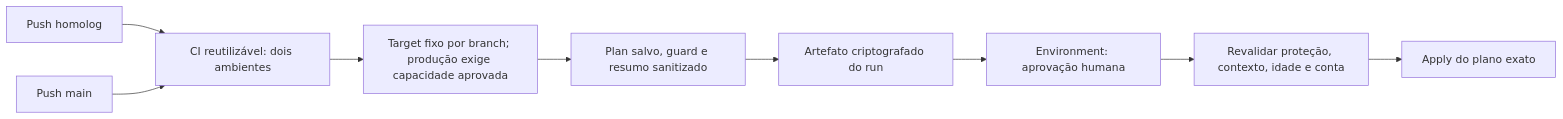
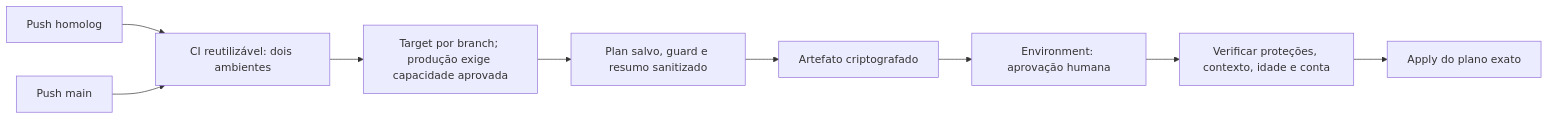
The diagram in docs/CICD-HOMOLOG.md (FernandoGreco/techChallengePosTech-k8s-infra), drawn with Mermaid before and after one commit. The commit also changed other lines of this file and 32 other files, not shown here.

````diff
--- a/docs/CICD-HOMOLOG.md
+++ b/docs/CICD-HOMOLOG.md
@@ -5,11 +5,11 @@
 ```mermaid
 flowchart LR
   H["Push homolog"] --> CI["CI reutilizável: dois ambientes"]
   M["Push main"] --> CI
-  CI --> T["Target fixo por branch; produção exige capacidade aprovada"]
+  CI --> T["Target por branch; produção exige capacidade aprovada"]
   T --> P["Plan salvo, guard e resumo sanitizado"]
-  P --> E["Artefato criptografado do run"]
+  P --> E["Artefato criptografado"]
   E --> R["Environment: aprovação humana"]
-  R --> V["Revalidar proteção, contexto, idade e conta"]
+  R --> V["Verificar proteções, contexto, idade e conta"]
   V --> A["Apply do plano exato"]
 ```
````
